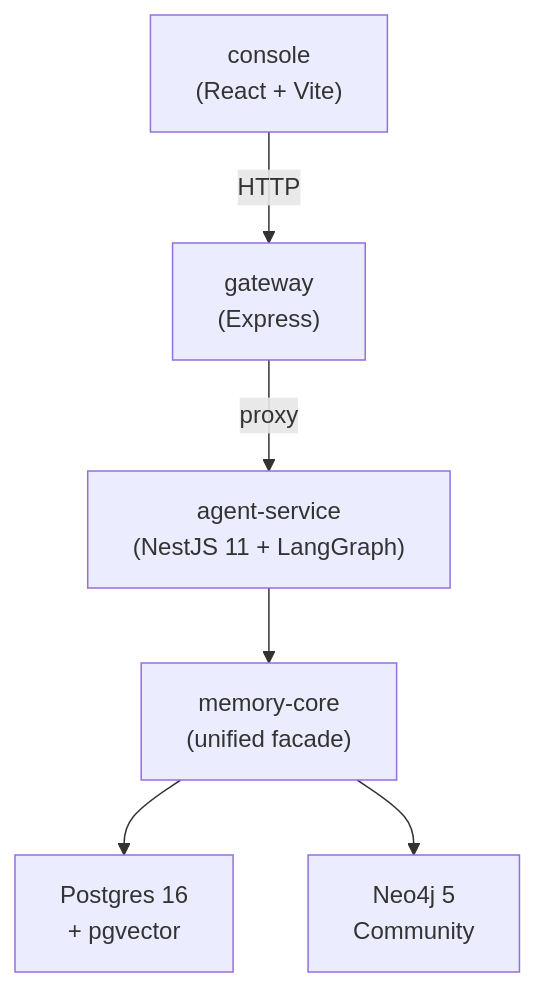
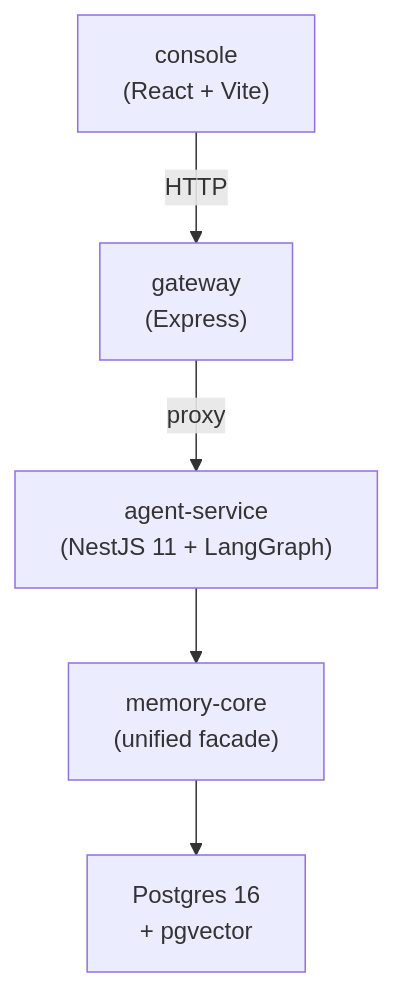
One commit to maxmillienjr/agent-native-monorepo changed the first of 3 diagrams in README.md. Above: the diagram before and after it, drawn with Mermaid. The commit also changed other lines of this file and 9 other files, not shown here.

````diff
--- a/README.md
+++ b/README.md
@@ -28,15 +29,13 @@
 ```mermaid
 graph TD
     Console["console<br/>(React + Vite)"]
     Gateway["gateway<br/>(Express)"]
     Agent["agent-service<br/>(NestJS 11 + LangGraph)"]
     Memory["memory-core<br/>(unified facade)"]
     PG["Postgres 16<br/>+ pgvector"]
-    Neo["Neo4j 5<br/>Community"]
 
     Console -->|HTTP| Gateway
     Gateway -->|proxy| Agent
     Agent --> Memory
     Memory --> PG
-    Memory --> Neo
 ```
````
